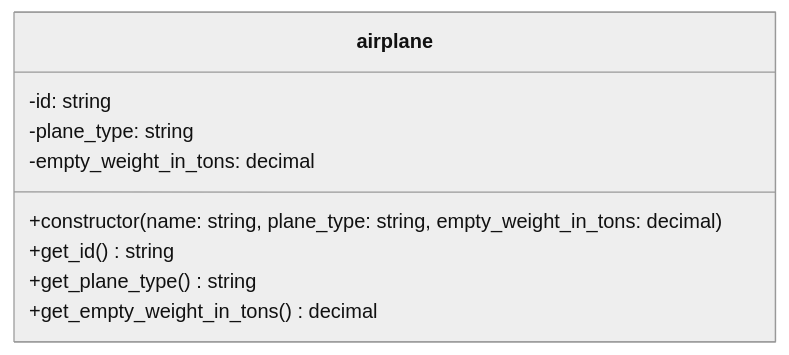
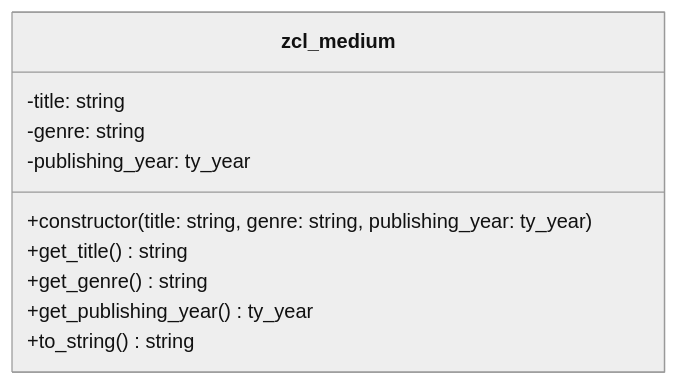
One commit to appenmaier/s4hana changed the diagram in docs/exercises/abap-objects/abap-objects-03.md. Above: the diagram before and after it, drawn with Mermaid (neutral theme). The commit also changed other lines of this file, not shown here.

````diff
--- a/docs/exercises/abap-objects/abap-objects-03.md
+++ b/docs/exercises/abap-objects/abap-objects-03.md
@@ -11,12 +11,13 @@
 ```mermaid
 classDiagram
-   class airplane {
-      -id: string
-      -plane_type: string
-      -empty_weight_in_tons: decimal
-      +constructor(name: string, plane_type: string, empty_weight_in_tons: decimal)
-      +get_id() string
-      +get_plane_type() string
-      +get_empty_weight_in_tons() decimal
+   class zcl_medium {
+      -title: string
+      -genre: string
+      -publishing_year: ty_year
+      +constructor(title: string, genre: string, publishing_year: ty_year)
+      +get_title() string      
+      +get_genre() string      
+      +get_publishing_year() ty_year
+      +to_string() string
    }
 ```
````
